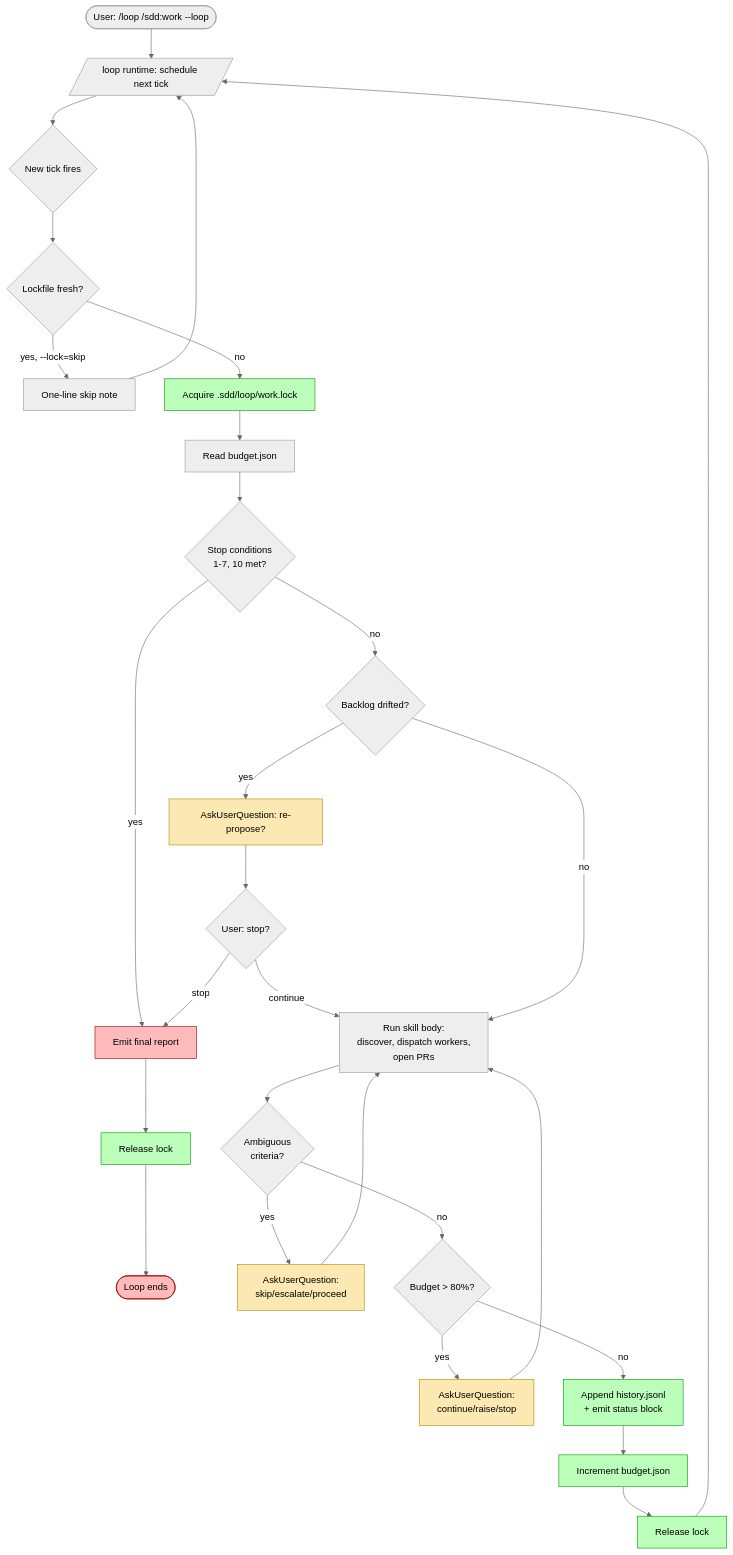
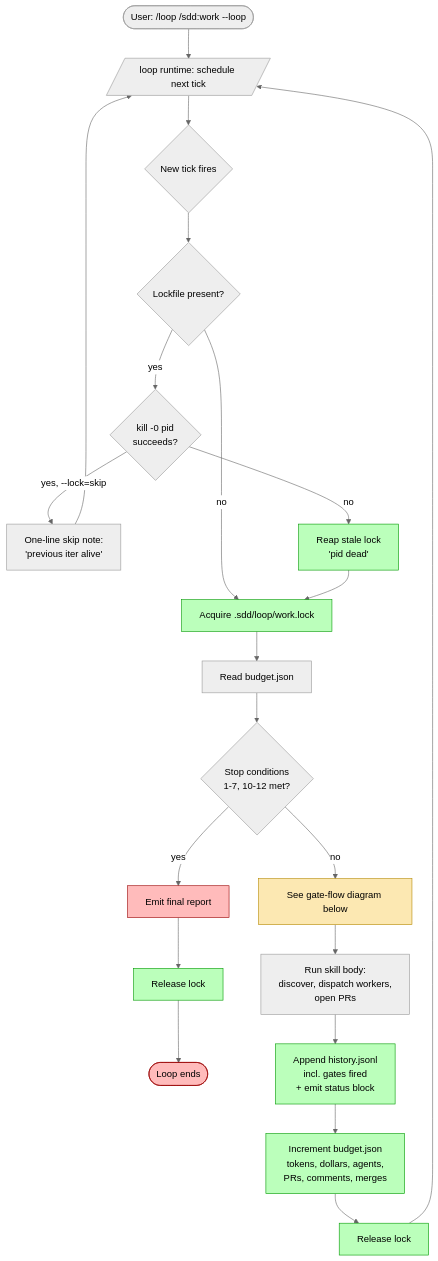
One commit to joestump/claude-plugin-design changed the first of 2 diagrams in docs/adrs/ADR-0028-loop-autonomous-mode-for-work-and-review.md. Above: the diagram before and after it, drawn with Mermaid (neutral theme). The commit also changed other lines of this file, not shown here.

````diff
--- a/docs/adrs/ADR-0028-loop-autonomous-mode-for-work-and-review.md
+++ b/docs/adrs/ADR-0028-loop-autonomous-mode-for-work-and-review.md
@@ -222,32 +302,26 @@
 ```mermaid
 flowchart TD
   Start([User: /loop /sdd:work --loop]) --> RuntimeLoop[/loop runtime: schedule next tick/]
   RuntimeLoop --> Tick{New tick fires}
-  Tick --> LockCheck{Lockfile fresh?}
-  LockCheck -->|yes, --lock=skip| SkipNote[One-line skip note] --> RuntimeLoop
+  Tick --> LockCheck{Lockfile present?}
   LockCheck -->|no| AcquireLock[Acquire .sdd/loop/work.lock]
+  LockCheck -->|yes| PidCheck{kill -0 pid<br/>succeeds?}
+  PidCheck -->|yes, --lock=skip| SkipNote[One-line skip note:<br/>'previous iter alive'] --> RuntimeLoop
+  PidCheck -->|no| ReapLock[Reap stale lock<br/>'pid dead'] --> AcquireLock
 
   AcquireLock --> ReadBudget[Read budget.json]
-  ReadBudget --> StopEval{Stop conditions<br/>1-7, 10 met?}
+  ReadBudget --> StopEval{Stop conditions<br/>1-7, 10-12 met?}
   StopEval -->|yes| FinalReport[Emit final report] --> ReleaseLock[Release lock] --> Done([Loop ends])
-  StopEval -->|no| Drift{Backlog drifted?}
-  Drift -->|yes| AskDrift[AskUserQuestion: re-propose?] --> Drift2{User: stop?}
-  Drift2 -->|stop| FinalReport
-  Drift2 -->|continue| RunBody
-  Drift -->|no| RunBody
+  StopEval -->|no| GateBlock[See gate-flow diagram below]
 
-  RunBody[Run skill body:<br/>discover, dispatch workers,<br/>open PRs] --> AmbCheck{Ambiguous<br/>criteria?}
-  AmbCheck -->|yes| AskAmb[AskUserQuestion:<br/>skip/escalate/proceed] --> RunBody
-  AmbCheck -->|no| BudgetCheck{Budget &gt; 80%?}
-  BudgetCheck -->|yes| AskBudget[AskUserQuestion:<br/>continue/raise/stop] --> RunBody
-  BudgetCheck -->|no| Telemetry[Append history.jsonl<br/>+ emit status block]
-
-  Telemetry --> UpdateBudget[Increment budget.json] --> ReleaseLock2[Release lock] --> RuntimeLoop
+  GateBlock --> RunBody[Run skill body:<br/>discover, dispatch workers,<br/>open PRs]
+  RunBody --> Telemetry[Append history.jsonl<br/>incl. gates fired<br/>+ emit status block]
+  Telemetry --> UpdateBudget[Increment budget.json<br/>tokens, dollars, agents,<br/>PRs, comments, merges] --> ReleaseLock2[Release lock] --> RuntimeLoop
 
   classDef gate fill:#fce8b2,stroke:#b58900
   classDef stop fill:#fbb,stroke:#900
   classDef cheap fill:#bfb,stroke:#090
-  class AskDrift,AskAmb,AskBudget gate
+  class GateBlock gate
   class FinalReport,Done stop
-  class AcquireLock,ReleaseLock,ReleaseLock2,Telemetry,UpdateBudget cheap
+  class AcquireLock,ReapLock,ReleaseLock,ReleaseLock2,Telemetry,UpdateBudget cheap
 ```
````
